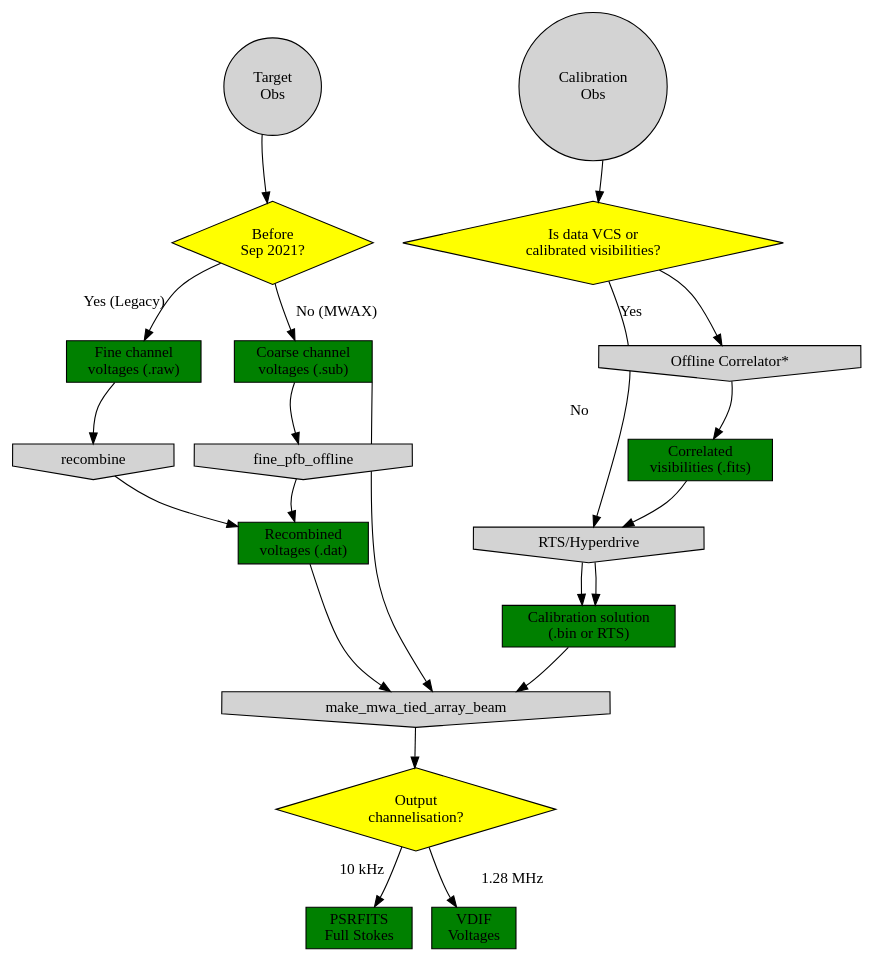
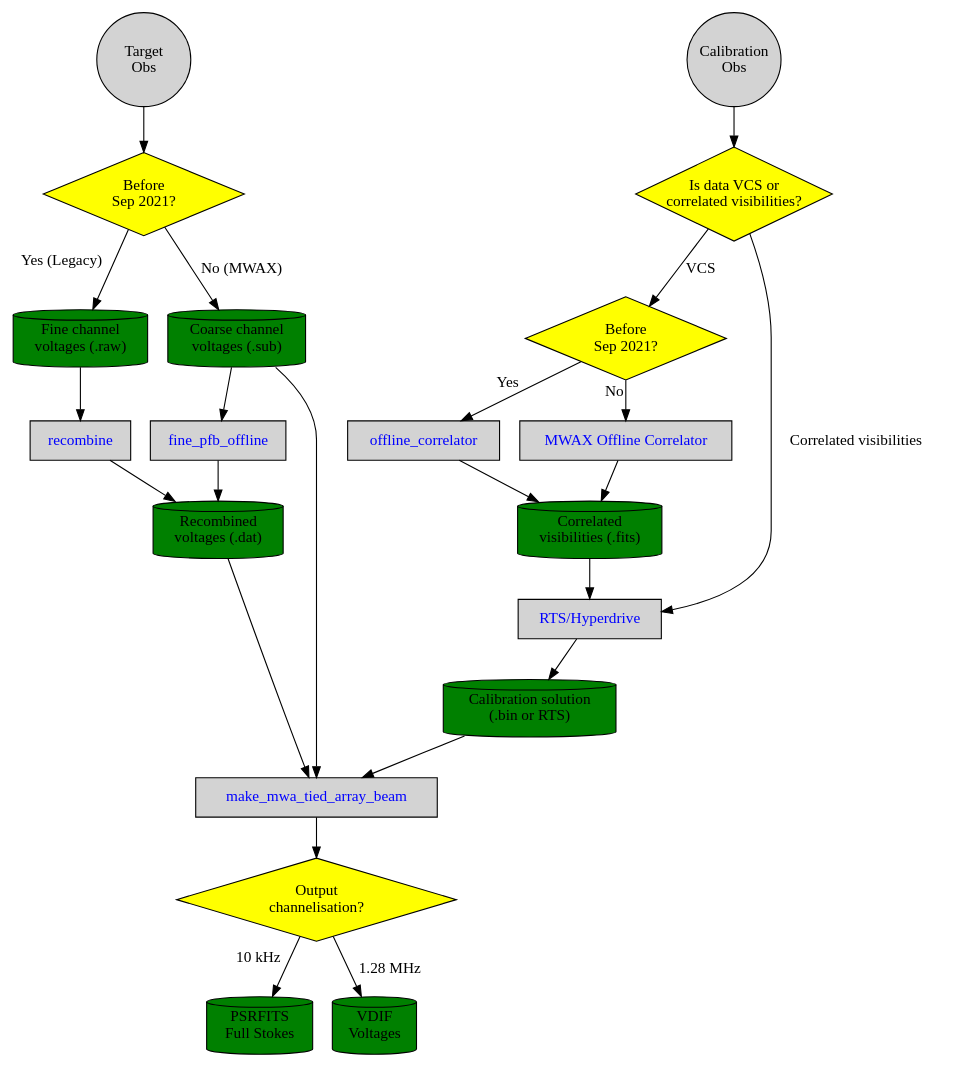
The diagram in doc/images/beamforming.dot (CIRA-Pulsars-and-Transients-Group/vcsbeam), drawn with Graphviz before and after one commit. The commit also changed 5 other files, not shown here.

```diff
--- a/doc/images/beamforming.dot
+++ b/doc/images/beamforming.dot
@@ -1,45 +1,48 @@
 digraph overview {
-    node [ shape=record, style="filled" ];
-    splines = curved;
+    node [ shape=cylinder, style="filled" ];
+    //splines = curved;
 
-    targetobs [ label="Target\nObs", shape=circle ];
-    calobs [ label="Calibration\nObs", shape=circle ];
-    calvcs [ label="Is data VCS or\ncalibrated visibilities?", shape=diamond, fillcolor=yellow ];
+    targetobs [ label="Target\nObs", shape=circle, fixedsize=true, width=1.2 ];
+    calobs [ label="Calibration\nObs", shape=circle, fixedsize=true, width=1.2 ];
+    calvcs [ label="Is data VCS or\ncorrelated visibilities?", shape=diamond, fillcolor=yellow, fixedsize=true, width=2.5, height=1.2 ];
     date [ label="Before\nSep 2021?", shape=diamond, fillcolor=yellow ];
+    date2 [ label="Before\nSep 2021?", shape=diamond, fillcolor=yellow ];
     raw [ label="Fine channel\nvoltages (.raw)", fillcolor=green ];
     sub [ label="Coarse channel\nvoltages (.sub)", fillcolor=green ];
     dat [ label="Recombined\nvoltages (.dat)", fillcolor=green ];
     vis [ label="Correlated\nvisibilities (.fits)", fillcolor=green ];
     outputchannelisation [ label="Output\nchannelisation?", shape=diamond, fillcolor=yellow ];
     psrfits [ label="PSRFITS\nFull Stokes", fillcolor=green ];
     vdif [ label="VDIF\nVoltages", fillcolor=green ];
     calsol [ label="Calibration solution\n(.bin or RTS)", fillcolor=green ];
-    recombine [ label="recombine", shape=invhouse ];
-    tiedarray [ label="make_mwa_tied_array_beam", shape=invhouse ];
-    rts [ label="RTS/Hyperdrive", shape=invhouse ];
-
+    recombine [ label="recombine", shape=record, href="https://github.com/ICRAR/mwa-voltage.git", fontcolor=blue ];
+    tiedarray [ label="make_mwa_tied_array_beam", shape=record, href="@ref applicationsmakemwatiedarraybeam", fontcolor=blue ];
+    rts [ label="RTS/Hyperdrive", shape=record, href="@ref usersguidecalibration", fontcolor=blue ];
     targetobs -> date;
     date -> raw [ xlabel="Yes (Legacy)" ];
     date -> sub [ label="No (MWAX)" ];
-    sub:se -> tiedarray:ne;
+    sub -> tiedarray;
 
-    offlinepfb [ label="fine_pfb_offline", shape=invhouse ];
-    offlinecorr [ label="Offline Correlator*", shape=invhouse ];
+    offlinepfb [ label="fine_pfb_offline", shape=record, href="@ref applicationsfinepfboffline", fontcolor=blue ];
+    offlinecorrlegacy [ label="offline_correlator", shape=record, href="@ref applicationsofflinecorrelator", fontcolor=blue ];
+    offlinecorrmwax [ label="MWAX Offline Correlator", shape=record, href="https://wiki.mwatelescope.org/display/MP/MWAX+Offline+Correlator", fontcolor=blue ];
 
     raw -> recombine -> dat;
     sub -> offlinepfb -> dat;
     dat -> tiedarray -> outputchannelisation;
     outputchannelisation -> psrfits [ xlabel="10 kHz" ];
     outputchannelisation -> vdif [ label="1.28 MHz" ];
     calsol -> tiedarray;
     calobs -> calvcs;
-    calvcs -> offlinecorr [ label="Yes" ];
-    offlinecorr -> vis;
-    calvcs -> rts [ label="No" ];
-    rts -> calsol;
+    calvcs -> date2 [ label="VCS" ];
+    date2 -> offlinecorrlegacy [ xlabel="Yes" ];
+    date2 -> offlinecorrmwax [ xlabel="No" ];
+    offlinecorrlegacy -> vis;
+    offlinecorrmwax -> vis;
+    calvcs -> rts [ label="Correlated visibilities" ];
     vis -> rts -> calsol;
 
     {rank = same; targetobs; calobs; }
     {rank = same; date; calvcs; }
     {rank = same; raw; sub;}
 }
```
